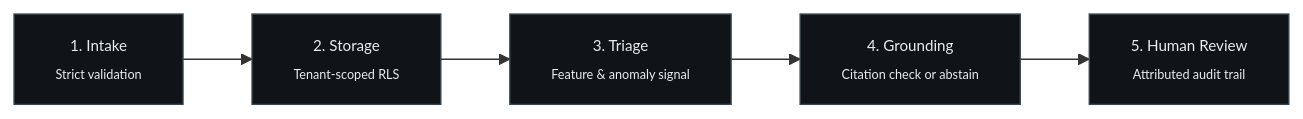
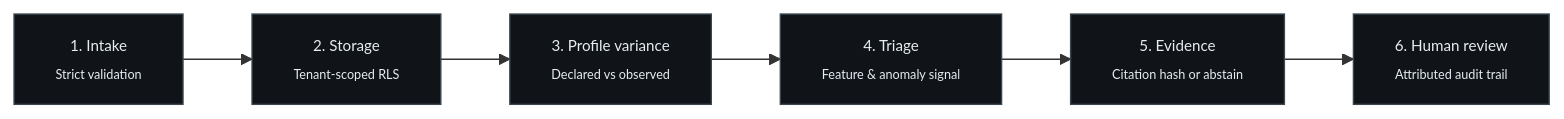
The second of 3 diagrams in ARCHITECTURE.md (jeevesh2515/finsentinel-case-study), drawn with Mermaid before and after one commit. The commit also changed other lines of this file and 12 other files, not shown here.

````diff
--- a/ARCHITECTURE.md
+++ b/ARCHITECTURE.md
@@ -58,10 +70,11 @@
 ```mermaid
 flowchart LR
     A["1. Intake<br/><sub>Strict validation</sub>"] --> B["2. Storage<br/><sub>Tenant-scoped RLS</sub>"]
-    B --> C["3. Triage<br/><sub>Feature & anomaly signal</sub>"]
-    C --> D["4. Grounding<br/><sub>Citation check or abstain</sub>"]
-    D --> E["5. Human Review<br/><sub>Attributed audit trail</sub>"]
+    B --> C["3. Profile variance<br/><sub>Declared vs observed</sub>"]
+    C --> D["4. Triage<br/><sub>Feature & anomaly signal</sub>"]
+    D --> E["5. Evidence<br/><sub>Citation hash or abstain</sub>"]
+    E --> F["6. Human review<br/><sub>Attributed audit trail</sub>"]
 
     classDef stage fill:#101418,stroke:#3a4750,color:#e8edf2,font-size:11px;
-    class A,B,C,D,E stage;
+    class A,B,C,D,E,F stage;
 ```
````
